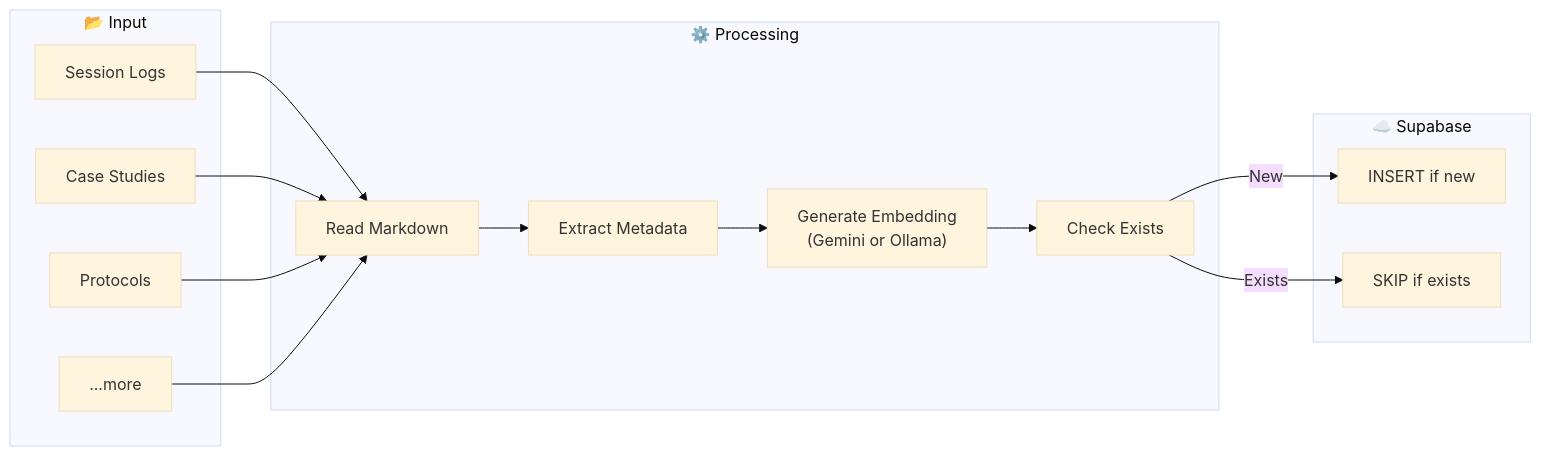
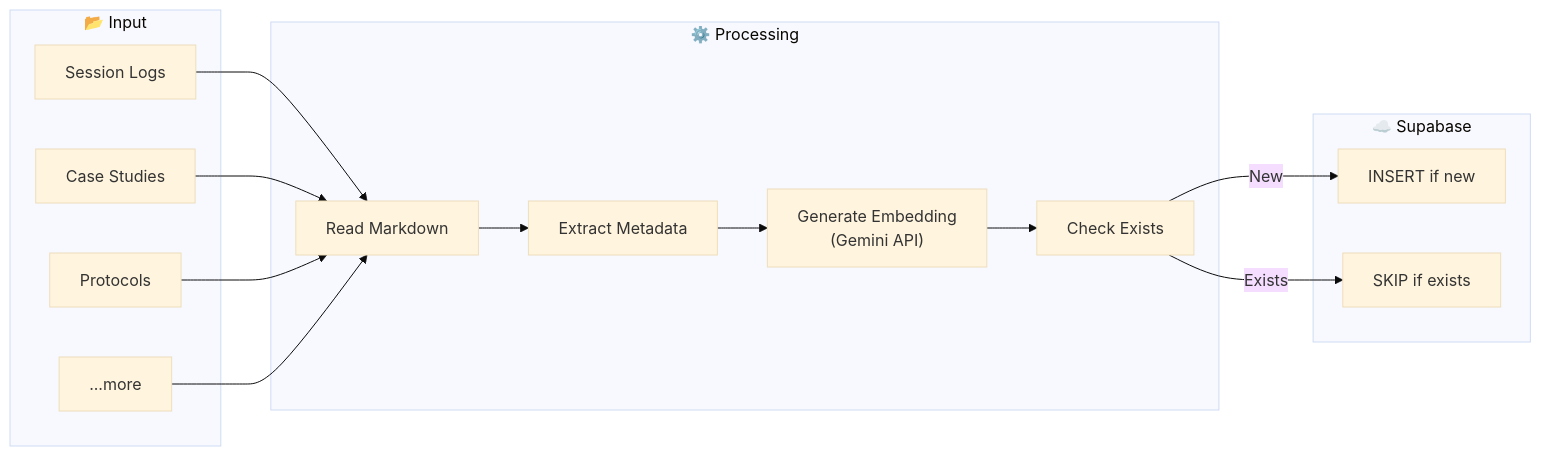
Before and after one commit to agent-memory-atlas-archive/winstonkoh87--Athena-Public: the third of 3 diagrams in docs/VECTORRAG.md, drawn with Mermaid (base theme). The commit also changed other lines of this file and 58 other files, not shown here.

````diff
--- a/docs/VECTORRAG.md
+++ b/docs/VECTORRAG.md
@@ -251,25 +254,25 @@
 ```mermaid
 flowchart LR
     subgraph INPUT["📂 Input"]
         F1["Session Logs"]
         F2["Case Studies"]
         F3["Protocols"]
         F4["...more"]
     end
     
     subgraph PROCESS["⚙️ Processing"]
         P1["Read Markdown"]
         P2["Extract Metadata"]
-        P3["Generate Embedding<br/>(Gemini or Ollama)"]
+        P3["Generate Embedding<br/>(Gemini API)"]
         P4["Check Exists"]
     end
     
     subgraph OUTPUT["☁️ Supabase"]
         O1["INSERT if new"]
         O2["SKIP if exists"]
     end
     
     F1 & F2 & F3 & F4 --> P1 --> P2 --> P3 --> P4
     P4 -->|New| O1
     P4 -->|Exists| O2
 ```
````
